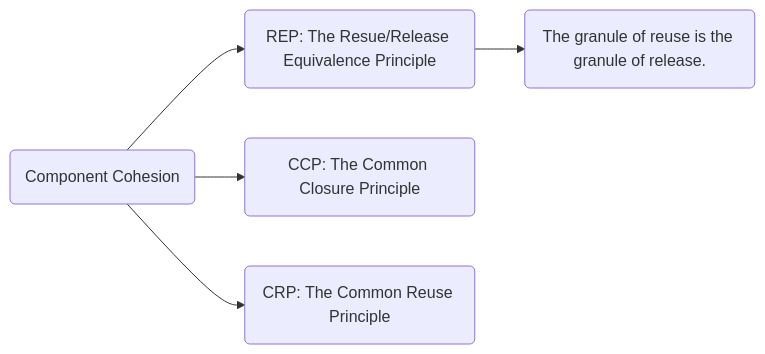
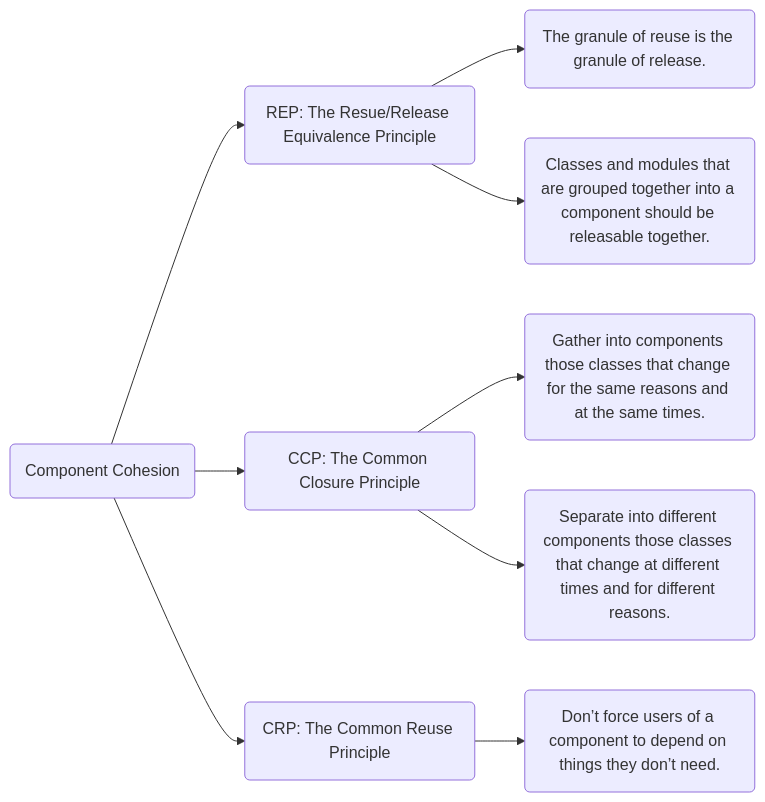
Diagram 14 of 15 in Clean Architecture.md (xuonlyone/reading-minutes), drawn with Mermaid before and after one commit. The commit also changed other lines of this file, not shown here.

````diff
--- a/Clean Architecture.md
+++ b/Clean Architecture.md
@@ -270,10 +270,16 @@
 ```mermaid
 flowchart LR
   Ch0(Component Cohesion) 
   Ch0 --> Ch1(REP: The Resue/Release Equivalence Principle)
   Ch0 --> Ch2(CCP: The Common Closure Principle)
   Ch0 --> Ch3(CRP: The Common Reuse Principle)
 
   Ch1 --> Ch11(The granule of reuse is the granule of release.)
+  Ch1 --> Ch12(Classes and modules that are grouped together into a component should be releasable together.)
+
+  Ch2 --> Ch21(Gather into components those classes that change for the same reasons and at the same times. )
+  Ch2 --> Ch22(Separate into different components those classes that change at different times and for different reasons.)
+
+  Ch3 --> Ch31("Don’t force users of a component to depend on things they don’t need.")
 
 ```
````
